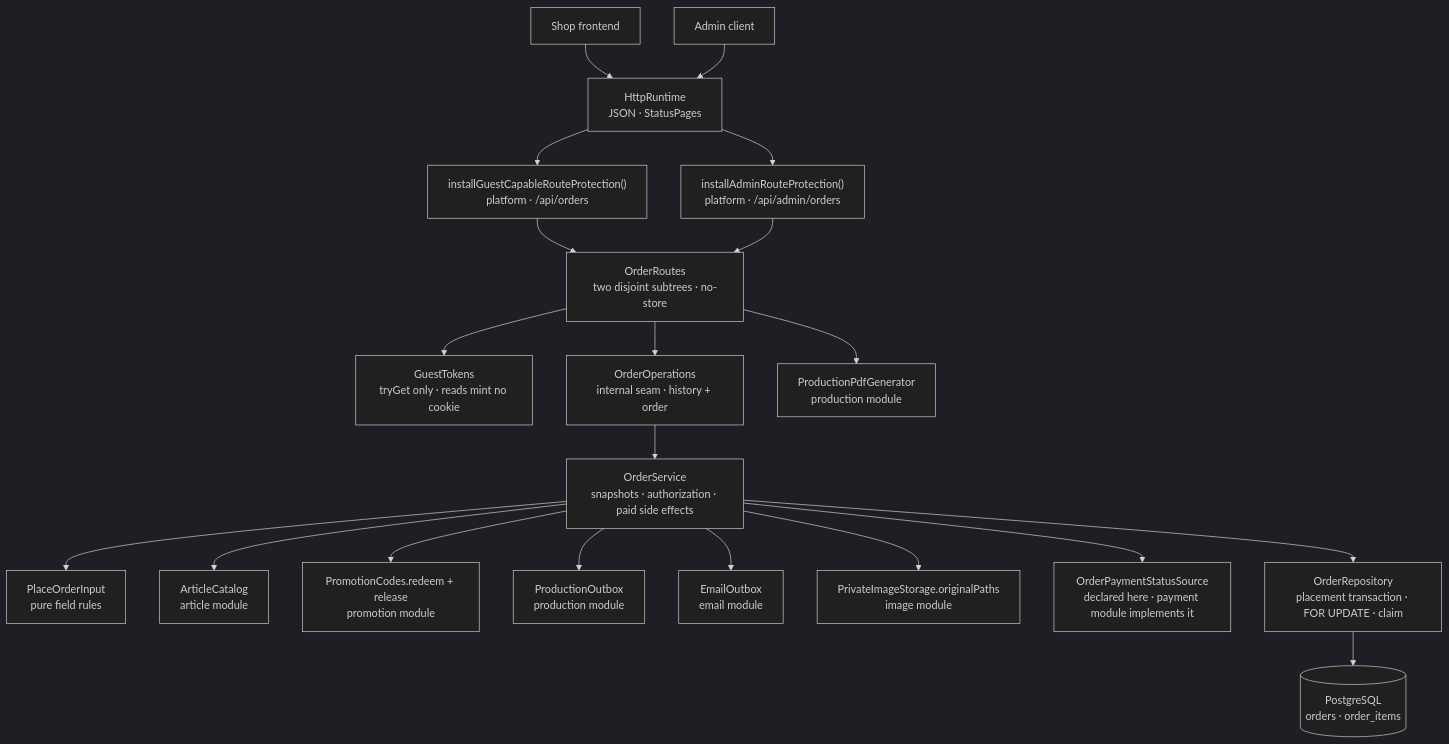
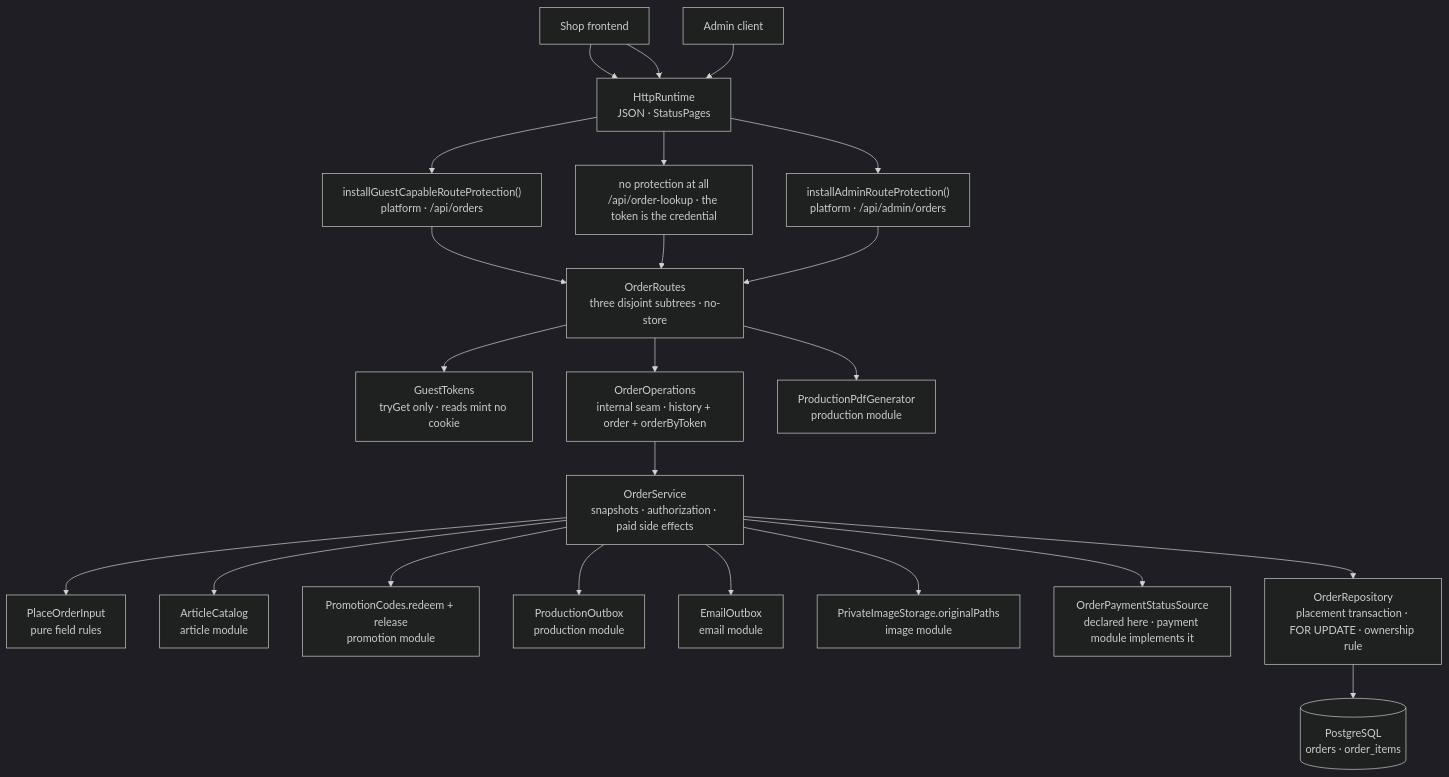
One commit to bitstorm-tech/voenix-shop-kotlin changed the diagram in docs/dev/backend/order-package.md. Above: the diagram before and after it, drawn with Mermaid (dark theme). The commit also changed other lines of this file and 126 other files, not shown here.

First line of the commit message:
Remove the guest-data claim; permanent order link in the confirmation mail

````diff
--- a/docs/dev/backend/order-package.md
+++ b/docs/dev/backend/order-package.md
@@ -40,36 +39,38 @@
 ```mermaid
 flowchart TB
     Client["Shop frontend"]
     Admin["Admin client"]
     Http["HttpRuntime<br/>JSON · StatusPages"]
     Guest["installGuestCapableRouteProtection()<br/>platform · /api/orders"]
+    Link["no protection at all<br/>/api/order-lookup · the token is the credential"]
     AdminAuth["installAdminRouteProtection()<br/>platform · /api/admin/orders"]
-    Routes["OrderRoutes<br/>two disjoint subtrees · no-store"]
+    Routes["OrderRoutes<br/>three disjoint subtrees · no-store"]
     Tokens["GuestTokens<br/>tryGet only · reads mint no cookie"]
-    Operations["OrderOperations<br/>internal seam · history + order"]
+    Operations["OrderOperations<br/>internal seam · history + order + orderByToken"]
     Service["OrderService<br/>snapshots · authorization · paid side effects"]
     Input["PlaceOrderInput<br/>pure field rules"]
     Articles["ArticleCatalog<br/>article module"]
     Promotions["PromotionCodes.redeem + release<br/>promotion module"]
     ProdOutbox["ProductionOutbox<br/>production module"]
     MailOutbox["EmailOutbox<br/>email module"]
     Images["PrivateImageStorage.originalPaths<br/>image module"]
     PaymentStatus["OrderPaymentStatusSource<br/>declared here · payment module implements it"]
     Pdfs["ProductionPdfGenerator<br/>production module"]
-    Repository["OrderRepository<br/>placement transaction · FOR UPDATE · claim"]
+    Repository["OrderRepository<br/>placement transaction · FOR UPDATE · ownership rule"]
     Tables[("PostgreSQL<br/>orders · order_items")]
 
     Client --> Http --> Guest --> Routes
+    Client --> Http --> Link --> Routes
     Admin --> Http --> AdminAuth --> Routes
     Routes --> Tokens
     Routes --> Pdfs
     Routes --> Operations --> Service
     Service --> Input
     Service --> Articles
     Service --> Promotions
     Service --> ProdOutbox
     Service --> MailOutbox
     Service --> Images
     Service --> PaymentStatus
     Service --> Repository --> Tables
 ```
````
